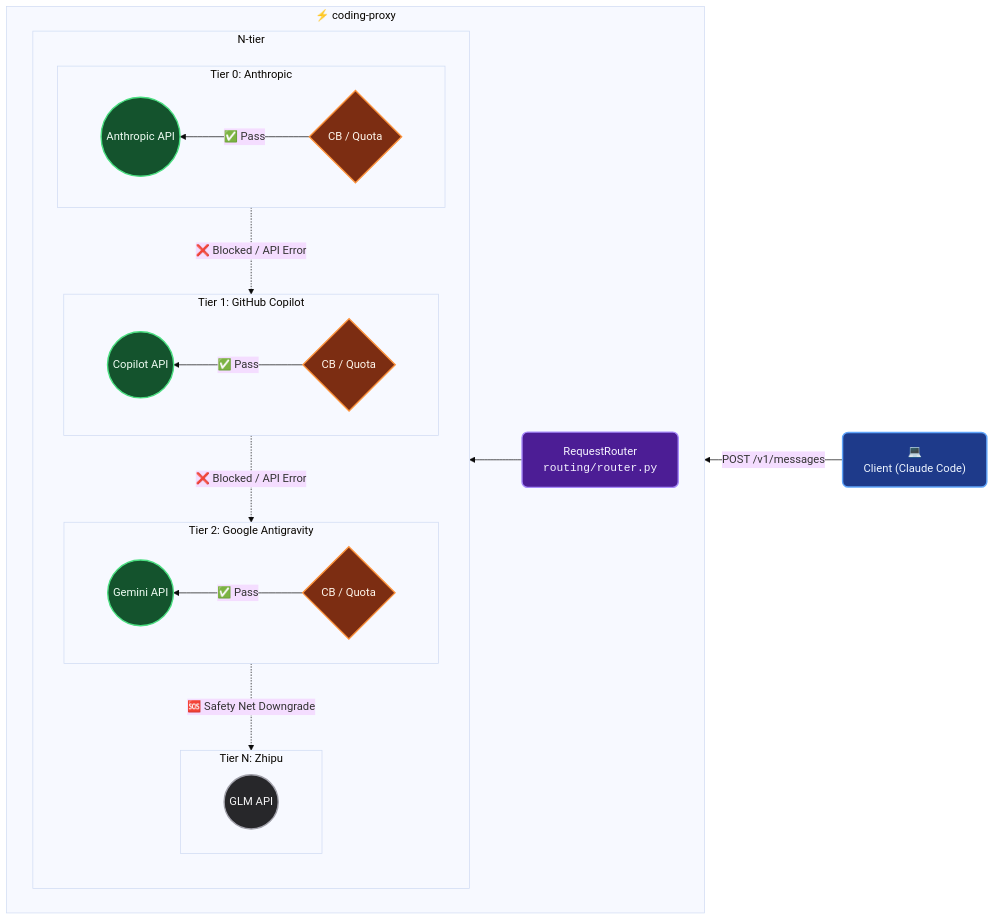
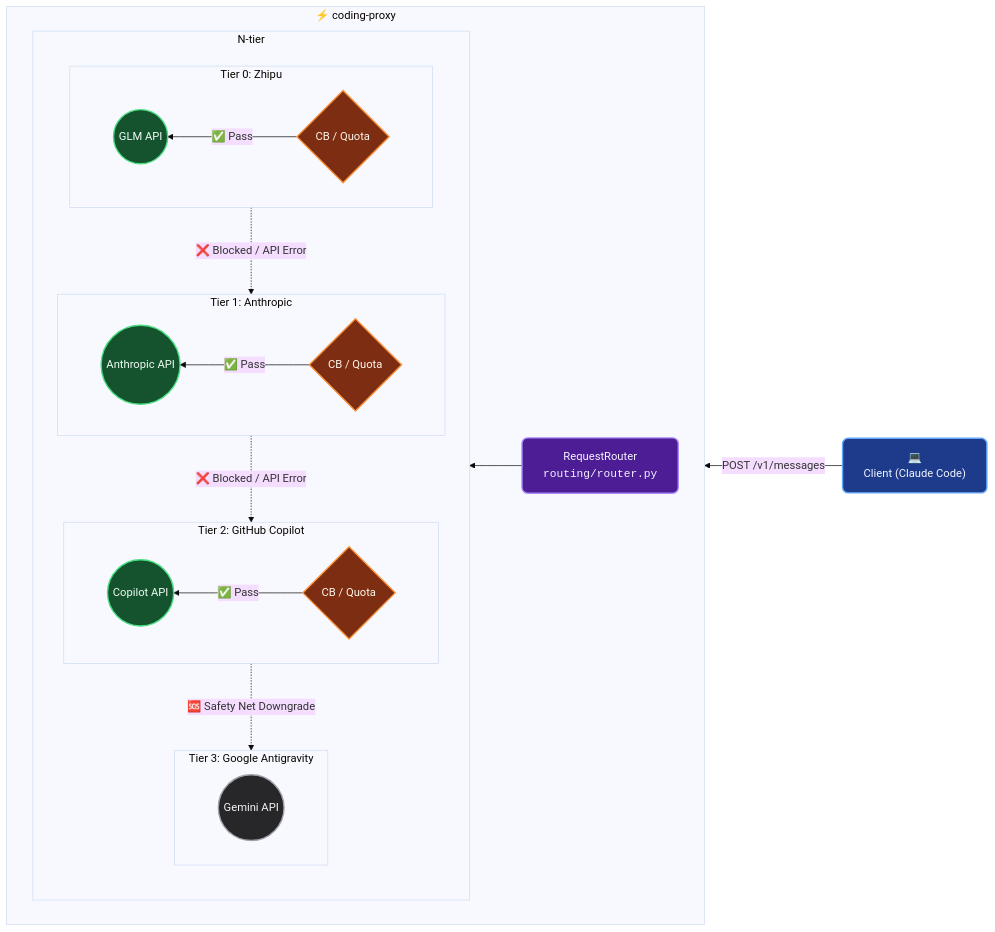
Before and after one commit to ThreeFish-AI/coding-proxy: the diagram in README.md, drawn with Mermaid (base theme). The commit also changed other lines of this file and 1 other file, not shown here.

Commit message:
docs(readme): 校准架构图 Tier 排序、补全 CLI auth 子命令与格式转换描述;
- 架构图 Tier 排序与默认配置 tiers 对齐：Zhipu(T0) → Anthropic(T1) → Copilot(T2) → Antigravity(T3)
- CLI 指南表补全 auth 子命令组（login/status/reauth/logout）
- 格式转换描述补全 Anthropic ↔ OpenAI 双向支持
- 供应商列表显式补全 Google Antigravity

🤖 Generated with [Claude Code](https://github.com/claude), [CodeX](https://openai.com), [Gemini](https://github.com/apps/gemini-code-assist)

````diff
--- a/README.md
+++ b/README.md
@@ -108,50 +109,50 @@
 ```mermaid
 graph RL
     %% 样式定义 (支持明暗双色模式的高对比色彩)
     classDef client fill:#1E3A8A,stroke:#60A5FA,stroke-width:2px,color:#EFF6FF,rx:8,ry:8
     classDef router fill:#4C1D95,stroke:#A78BFA,stroke-width:2px,color:#F5F3FF,rx:8,ry:8
     classDef gateway fill:#7C2D12,stroke:#FB923C,stroke-width:2px,color:#FFF7ED
     classDef api fill:#14532D,stroke:#4ADE80,stroke-width:2px,color:#F0FDF4
     classDef fallback fill:#27272A,stroke:#A1A1AA,stroke-width:2px,color:#F4F4F5
 
     Client["💻<br/>Client (Claude Code)"]:::client
 
     subgraph CodingProxy["⚡ coding-proxy"]
         direction RL
 
         Router["RequestRouter<br/><code>routing/router.py</code>"]:::router
 
         Router -->NTier
 
         subgraph NTier["N-tier"]
             direction TB
 
-            subgraph Tier0 ["Tier 0: Anthropic"]
+            subgraph Tier0 ["Tier 0: Zhipu"]
                 direction RL
-                G0{"CB / Quota"}:::gateway -- "✅ Pass" --> API0(("Anthropic API")):::api
+                G0{"CB / Quota"}:::gateway -- "✅ Pass" --> API0(("GLM API")):::api
             end
 
-            subgraph Tier1 ["Tier 1: GitHub Copilot"]
+            subgraph Tier1 ["Tier 1: Anthropic"]
                 direction RL
-                G1{"CB / Quota"}:::gateway -- "✅ Pass" --> API1(("Copilot API")):::api
+                G1{"CB / Quota"}:::gateway -- "✅ Pass" --> API1(("Anthropic API")):::api
             end
 
-            subgraph Tier2 ["Tier 2: Google Antigravity"]
+            subgraph Tier2 ["Tier 2: GitHub Copilot"]
                 direction RL
-                G2{"CB / Quota"}:::gateway -- "✅ Pass" --> API2(("Gemini API")):::api
+                G2{"CB / Quota"}:::gateway -- "✅ Pass" --> API2(("Copilot API")):::api
             end
 
-            subgraph TierN ["Tier N: Zhipu"]
+            subgraph Tier3 ["Tier 3: Google Antigravity"]
                 direction RL
-                APIN(("GLM API")):::fallback
+                API3(("Gemini API")):::fallback
             end
 
             Tier0 -. "❌ Blocked / API Error" .-> Tier1
             Tier1 -. "❌ Blocked / API Error" .-> Tier2
-            Tier2 -. "🆘 Safety Net Downgrade" .-> TierN
+            Tier2 -. "🆘 Safety Net Downgrade" .-> Tier3
         end
 
     end
 
     Client -->|"POST /v1/messages"| CodingProxy
 ```
````
